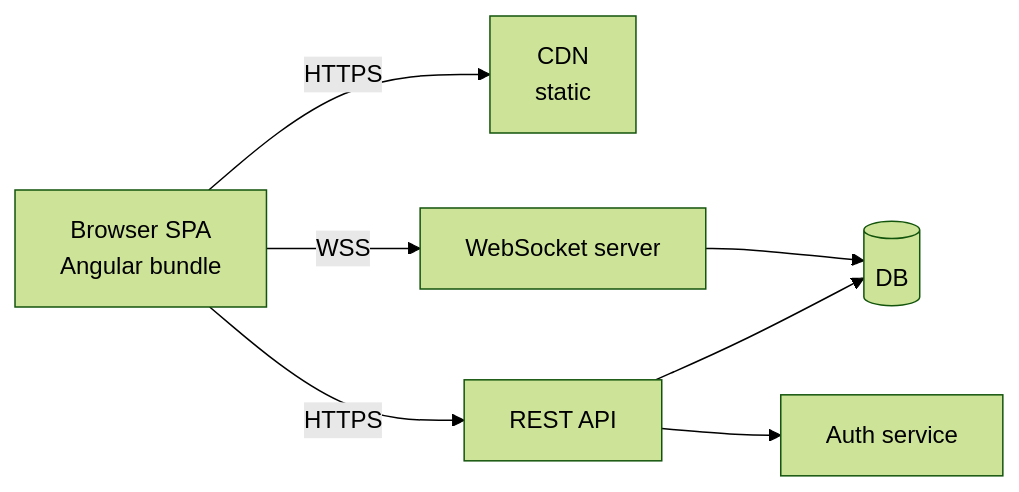
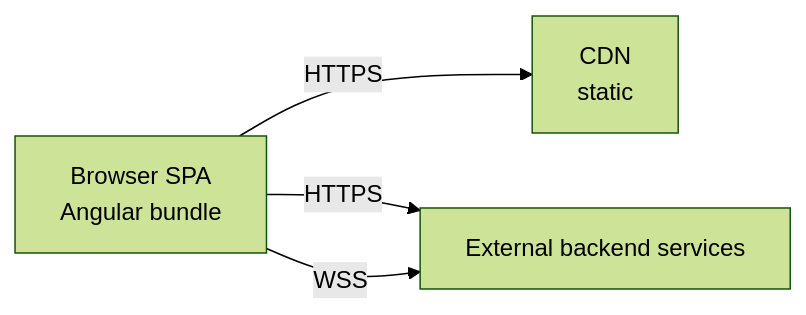
Before and after one commit to sorokchat-messenger/angular-frontend: the sixth of 6 diagrams in docs/description/architecture/views.md, drawn with Mermaid (forest theme). The commit also changed other lines of this file and 12 other files, not shown here.

````diff
--- a/docs/description/architecture/views.md
+++ b/docs/description/architecture/views.md
@@ -150,9 +152,6 @@
 ```mermaid
 graph LR
     Browser[Browser SPA<br/>Angular bundle] -->|HTTPS| CDN[CDN<br/>static]
-    Browser -->|WSS| WS[WebSocket server]
-    Browser -->|HTTPS| API[REST API]
-    API --> DB[(DB)]
-    WS --> DB
-    API --> Auth[Auth service]
+    Browser -->|HTTPS| External[External backend services]
+    Browser -->|WSS| External
 ```
````
